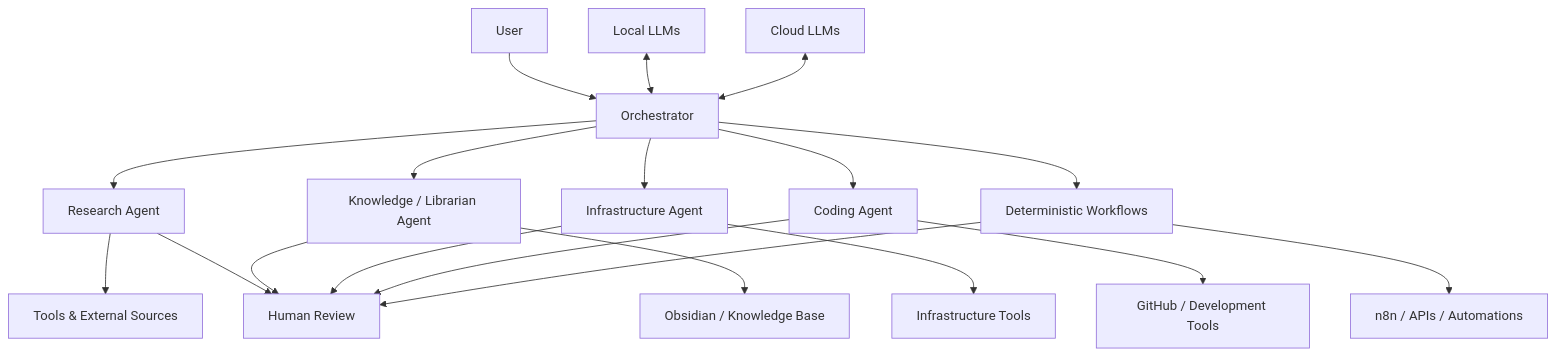
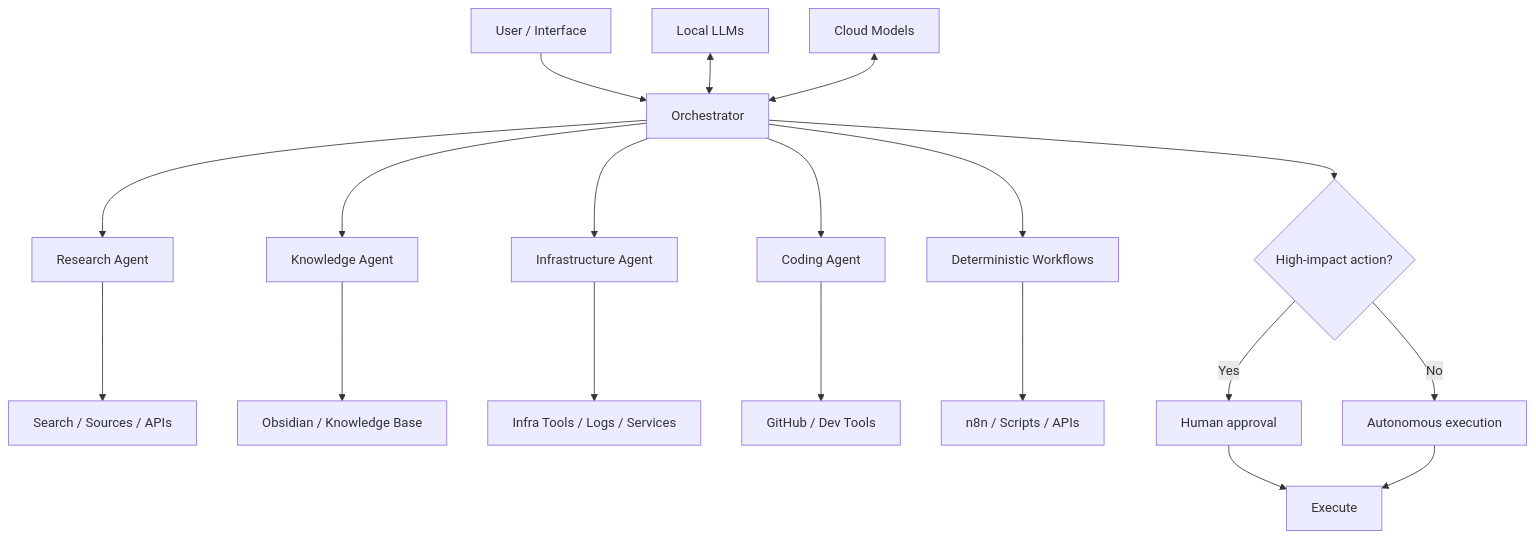
One commit to p0ki/personal-ai-infrastructure changed the diagram in README.md. Above: the diagram before and after it, drawn with Mermaid. The commit also changed other lines of this file, not shown here.

````diff
--- a/README.md
+++ b/README.md
@@ -21,25 +29,25 @@
 ```mermaid
 flowchart TD
-    U[User] --> O[Orchestrator]
+    U[User / Interface] --> O[Orchestrator]
 
     O --> R[Research Agent]
-    O --> K[Knowledge / Librarian Agent]
+    O --> K[Knowledge Agent]
     O --> I[Infrastructure Agent]
     O --> C[Coding Agent]
     O --> D[Deterministic Workflows]
 
-    R --> T[Tools & External Sources]
-    K --> N[Obsidian / Knowledge Base]
-    I --> S[Infrastructure Tools]
-    C --> G[GitHub / Development Tools]
-    D --> A[n8n / APIs / Automations]
+    R --> RS[Search / Sources / APIs]
+    K --> KB[Obsidian / Knowledge Base]
+    I --> IT[Infra Tools / Logs / Services]
+    C --> GH[GitHub / Dev Tools]
+    D --> N8N[n8n / Scripts / APIs]
 
-    L[Local LLMs] <--> O
-    CL[Cloud LLMs] <--> O
+    LM[Local LLMs] <--> O
+    CM[Cloud Models] <--> O
 
-    R --> H[Human Review]
-    K --> H
-    I --> H
-    C --> H
-    D --> H
+    O --> G{High-impact action?}
+    G -->|No| AUTO[Autonomous execution]
+    G -->|Yes| HUMAN[Human approval]
+    HUMAN --> EXEC[Execute]
+    AUTO --> EXEC
 ```
````
